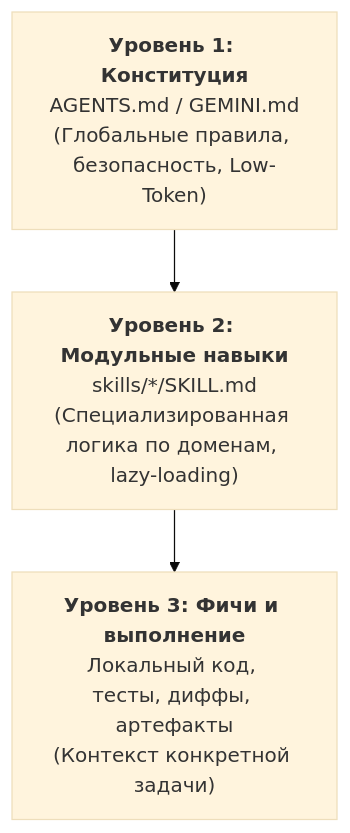
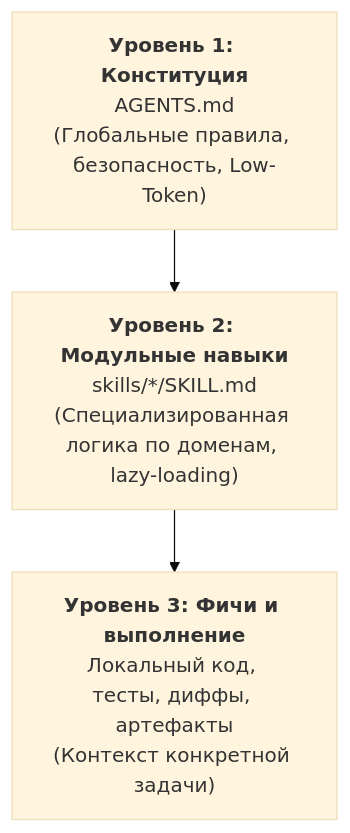
One commit to Asmadey/skills changed the diagram in README.md. Above: the diagram before and after it, drawn with Mermaid (base theme). The commit also changed other lines of this file and 5534 other files, not shown here.

First line of the commit message:
refactor(skills): move all skills to skills/ root, update schema and readme title

````diff
--- a/README.md
+++ b/README.md
@@ -37,8 +37,8 @@
 ```mermaid
 flowchart TD
-    L1["<b>Уровень 1: Конституция</b><br>AGENTS.md / GEMINI.md<br>(Глобальные правила, безопасность, Low-Token)"]
+    L1["<b>Уровень 1: Конституция</b><br>AGENTS.md<br>(Глобальные правила, безопасность, Low-Token)"]
     L2["<b>Уровень 2: Модульные навыки</b><br>skills/*/SKILL.md<br>(Специализированная логика по доменам, lazy-loading)"]
     L3["<b>Уровень 3: Фичи и выполнение</b><br>Локальный код, тесты, диффы, артефакты<br>(Контекст конкретной задачи)"]
 
     L1 --> L2 --> L3
 ```
````
